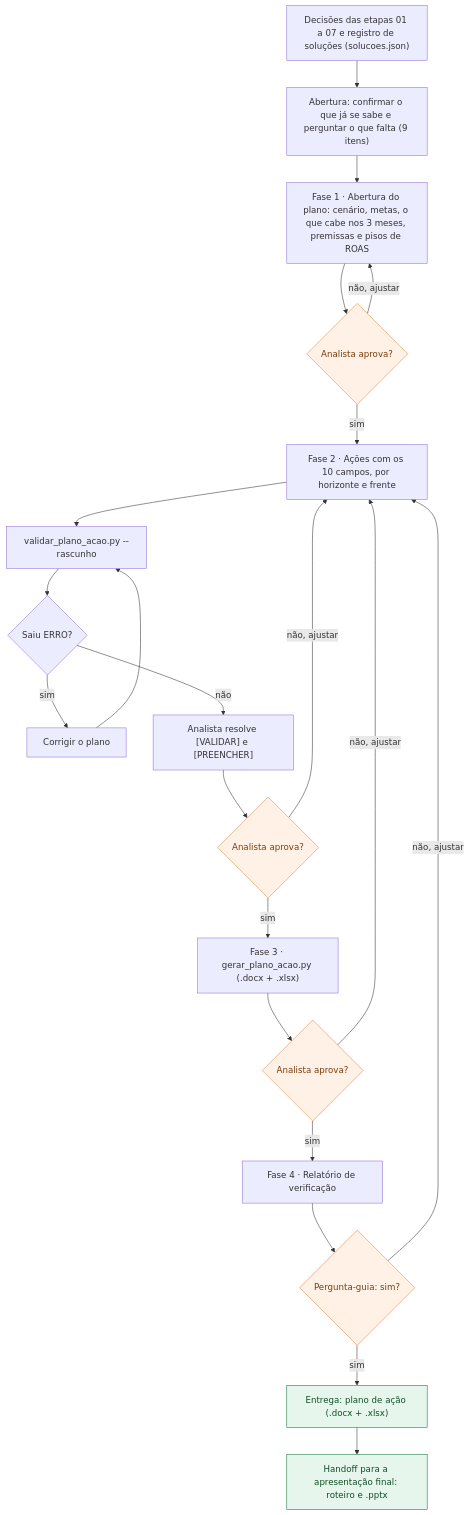
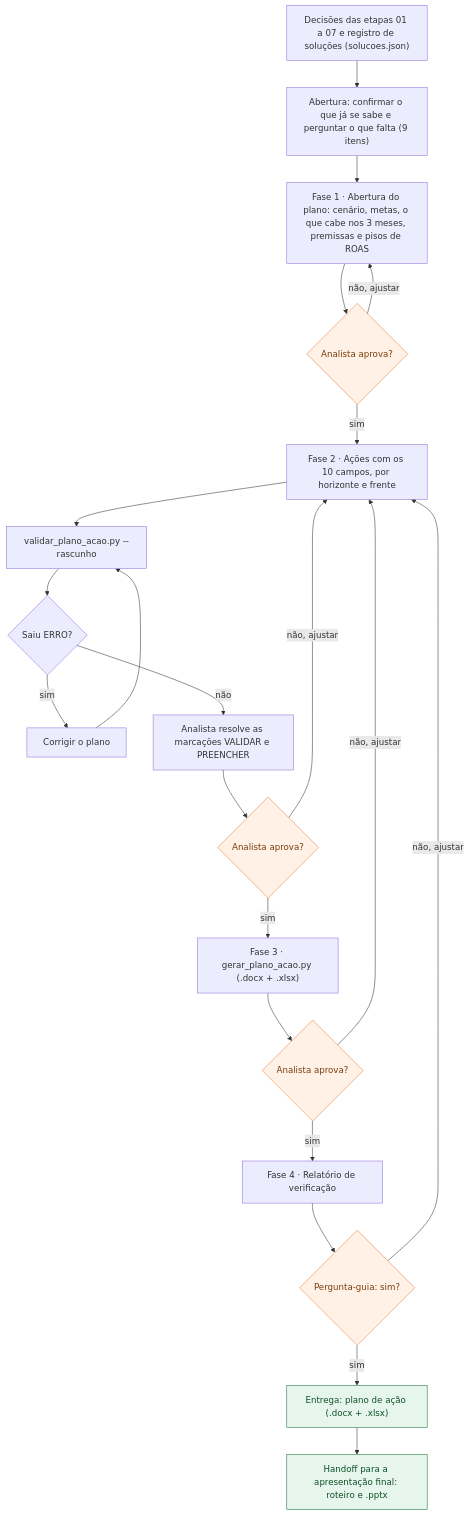
Before and after one commit to MatheusBoomer/growth-cycle-boomer: the diagram in .claude/skills/08-plano-de-acao/fluxo.mmd, drawn with Mermaid.

Commit message:
fix(skill-08): rótulo do fluxograma sem colchetes

```diff
--- a/.claude/skills/08-plano-de-acao/fluxo.mmd
+++ b/.claude/skills/08-plano-de-acao/fluxo.mmd
@@ -1,44 +1,44 @@
 flowchart TD
   I1["Decisões das etapas 01 a 07 e registro de soluções (solucoes.json)"]
   P1["Abertura: confirmar o que já se sabe e perguntar o que falta (9 itens)"]
   P2["Fase 1 · Abertura do plano: cenário, metas, o que cabe nos 3 meses, premissas e pisos de ROAS"]
   C1{"Analista aprova?"}
   P3["Fase 2 · Ações com os 10 campos, por horizonte e frente"]
   V1["validar_plano_acao.py --rascunho"]
   D1{"Saiu ERRO?"}
   P4["Corrigir o plano"]
-  P7["Analista resolve [VALIDAR] e [PREENCHER]"]
+  P7["Analista resolve as marcações VALIDAR e PREENCHER"]
   C2{"Analista aprova?"}
   P5["Fase 3 · gerar_plano_acao.py (.docx + .xlsx)"]
   C3{"Analista aprova?"}
   P6["Fase 4 · Relatório de verificação"]
   C4{"Pergunta-guia: sim?"}
   E1["Entrega: plano de ação (.docx + .xlsx)"]
   H1["Handoff para a apresentação final: roteiro e .pptx"]
 
   I1 --> P1
   P1 --> P2
   P2 --> C1
   C1 -->|"sim"| P3
   C1 -->|"não, ajustar"| P2
   P3 --> V1
   V1 --> D1
   D1 -->|"sim"| P4
   P4 --> V1
   D1 -->|"não"| P7
   P7 --> C2
   C2 -->|"sim"| P5
   C2 -->|"não, ajustar"| P3
   P5 --> C3
   C3 -->|"sim"| P6
   C3 -->|"não, ajustar"| P3
   P6 --> C4
   C4 -->|"sim"| E1
   C4 -->|"não, ajustar"| P3
   E1 --> H1
 
   class C1,C2,C3,C4 checkpoint
   class E1,H1 entrega
   classDef checkpoint fill:#fff1e6,stroke:#e8803a,color:#7a3d0c
   classDef subagente fill:#e8f0fd,stroke:#1f4fa8,color:#173a7a
   classDef entrega fill:#e6f6ec,stroke:#16743b,color:#0f4f28
```
